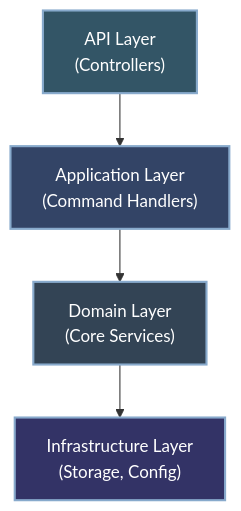
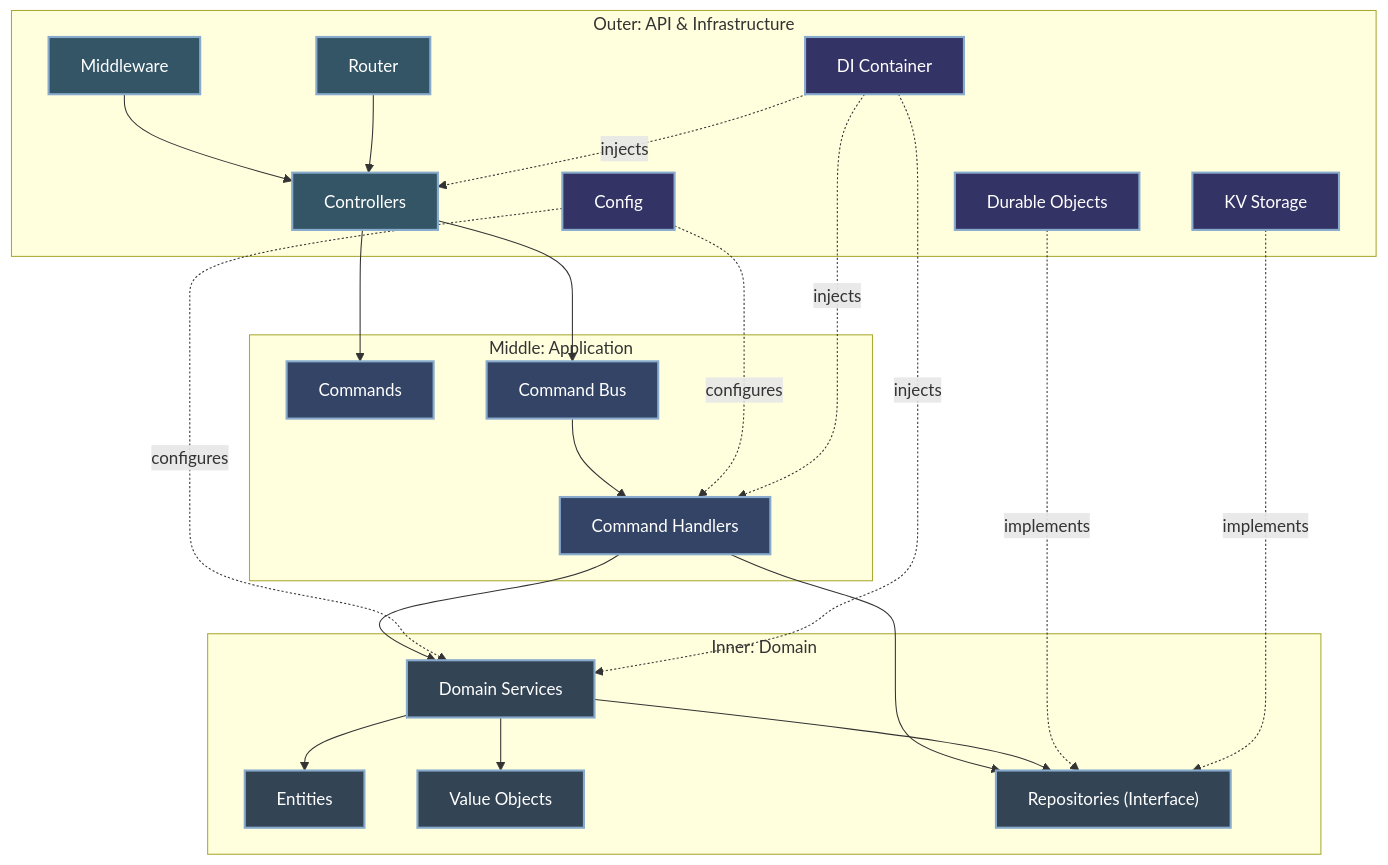
One commit to erfianugrah/api-gateway-workers changed the fourth of 24 diagrams in docs/ARCHITECTURE.md. Above: the diagram before and after it, drawn with Mermaid. The commit also changed other lines of this file and 69 other files, not shown here.

````diff
--- a/docs/ARCHITECTURE.md
+++ b/docs/ARCHITECTURE.md
@@ -66,11 +141,61 @@
 ```mermaid
-flowchart TB
-    A["API Layer<br>(Controllers)"] --> B["Application Layer<br>(Command Handlers)"]
-    B --> C["Domain Layer<br>(Core Services)"]
-    C --> D["Infrastructure Layer<br>(Storage, Config)"]
+graph TD
+    subgraph "Outer: API & Infrastructure"
+        A1["Controllers"]
+        A2["Middleware"]
+        A3["Router"]
+        I1["Durable Objects"]
+        I2["KV Storage"]
+        I3["Config"]
+        I4["DI Container"]
+    end
     
-    style A fill:#335566,stroke:#88aacc,stroke-width:2px,color:#ffffff
-    style B fill:#334466,stroke:#88aacc,stroke-width:2px,color:#ffffff
-    style C fill:#334455,stroke:#88aacc,stroke-width:2px,color:#ffffff
-    style D fill:#333366,stroke:#88aacc,stroke-width:2px,color:#ffffff
+    subgraph "Middle: Application"
+        B1["Commands"]
+        B2["Command Bus"]
+        B3["Command Handlers"]
+    end
+    
+    subgraph "Inner: Domain"
+        C1["Domain Services"]
+        C2["Entities"]
+        C3["Value Objects"]
+        C4["Repositories (Interface)"]
+    end
+    
+    A1 --> B1
+    A1 --> B2
+    A2 --> A1
+    A3 --> A1
+    
+    B2 --> B3
+    B3 --> C1
+    B3 --> C4
+    
+    C1 --> C2
+    C1 --> C3
+    C1 --> C4
+    
+    I1 -.->|implements| C4
+    I2 -.->|implements| C4
+    I3 -.->|configures| C1
+    I3 -.->|configures| B3
+    I4 -.->|injects| C1
+    I4 -.->|injects| B3
+    I4 -.->|injects| A1
+    
+    style A1 fill:#335566,stroke:#88aacc,stroke-width:2px,color:#ffffff
+    style A2 fill:#335566,stroke:#88aacc,stroke-width:2px,color:#ffffff
+    style A3 fill:#335566,stroke:#88aacc,stroke-width:2px,color:#ffffff
+    style B1 fill:#334466,stroke:#88aacc,stroke-width:2px,color:#ffffff
+    style B2 fill:#334466,stroke:#88aacc,stroke-width:2px,color:#ffffff
+    style B3 fill:#334466,stroke:#88aacc,stroke-width:2px,color:#ffffff
+    style C1 fill:#334455,stroke:#88aacc,stroke-width:2px,color:#ffffff
+    style C2 fill:#334455,stroke:#88aacc,stroke-width:2px,color:#ffffff
+    style C3 fill:#334455,stroke:#88aacc,stroke-width:2px,color:#ffffff
+    style C4 fill:#334455,stroke:#88aacc,stroke-width:2px,color:#ffffff
+    style I1 fill:#333366,stroke:#88aacc,stroke-width:2px,color:#ffffff
+    style I2 fill:#333366,stroke:#88aacc,stroke-width:2px,color:#ffffff
+    style I3 fill:#333366,stroke:#88aacc,stroke-width:2px,color:#ffffff
+    style I4 fill:#333366,stroke:#88aacc,stroke-width:2px,color:#ffffff
 ```
````
